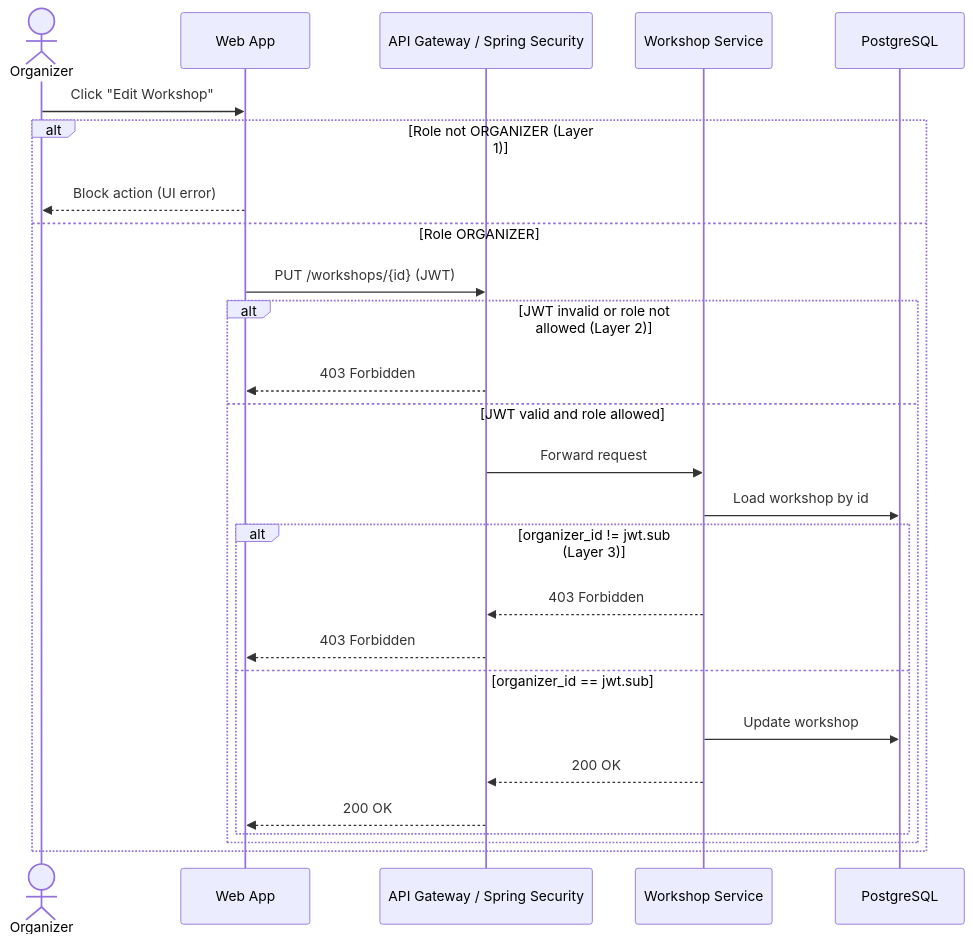
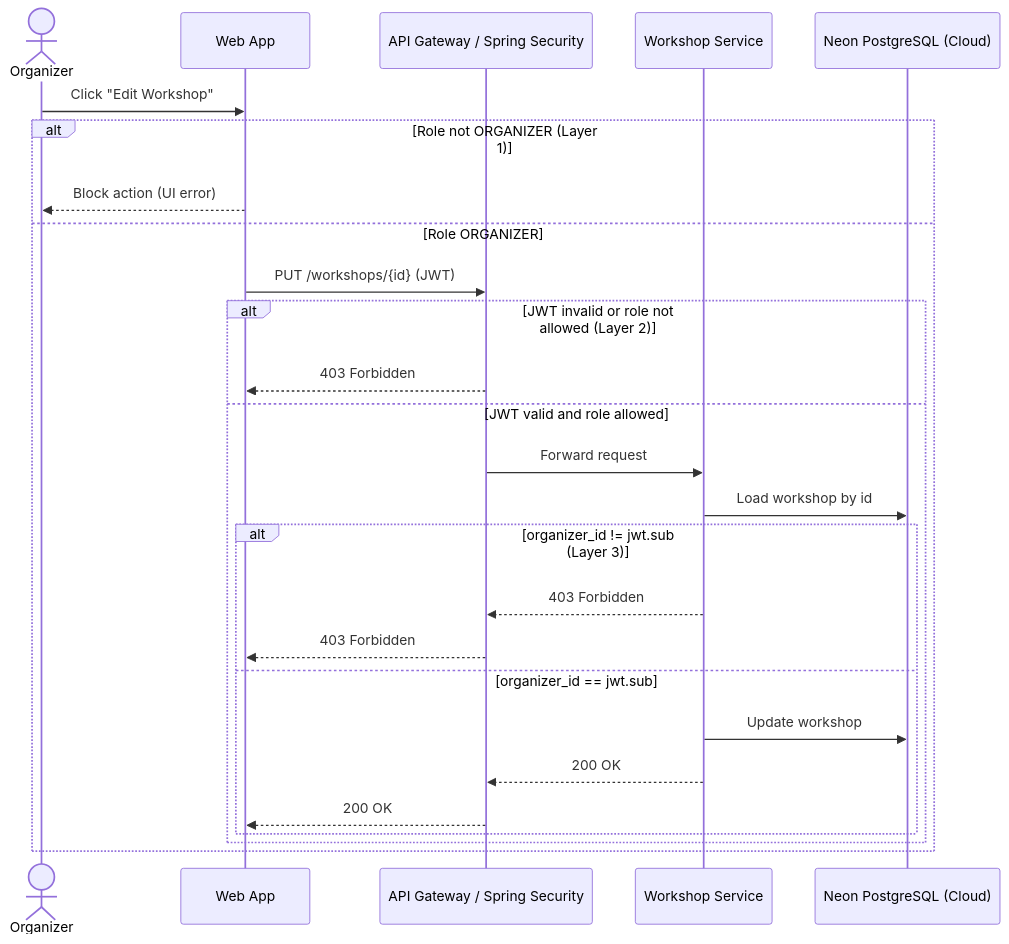
One commit to phatnguyen975/unihub-workshop changed the seventh of 10 diagrams in blueprint/design.md. Above: the diagram before and after it, drawn with Mermaid. The commit also changed other lines of this file and 1 other file, not shown here.

Commit message:
docs: update system architecture diagram

````diff
--- a/blueprint/design.md
+++ b/blueprint/design.md
@@ -751,29 +411,29 @@
 ```mermaid
 sequenceDiagram
   actor Organizer
   participant Web as Web App
   participant API as API Gateway / Spring Security
   participant Service as Workshop Service
-  participant DB as PostgreSQL
+  participant DB as Neon PostgreSQL (Cloud)
 
   Organizer->>Web: Click "Edit Workshop"
   alt Role not ORGANIZER (Layer 1)
     Web-->>Organizer: Block action (UI error)
   else Role ORGANIZER
     Web->>API: PUT /workshops/{id} (JWT)
     alt JWT invalid or role not allowed (Layer 2)
       API-->>Web: 403 Forbidden
     else JWT valid and role allowed
       API->>Service: Forward request
       Service->>DB: Load workshop by id
       alt organizer_id != jwt.sub (Layer 3)
         Service-->>API: 403 Forbidden
         API-->>Web: 403 Forbidden
       else organizer_id == jwt.sub
         Service->>DB: Update workshop
         Service-->>API: 200 OK
         API-->>Web: 200 OK
       end
     end
   end
 ```
````
